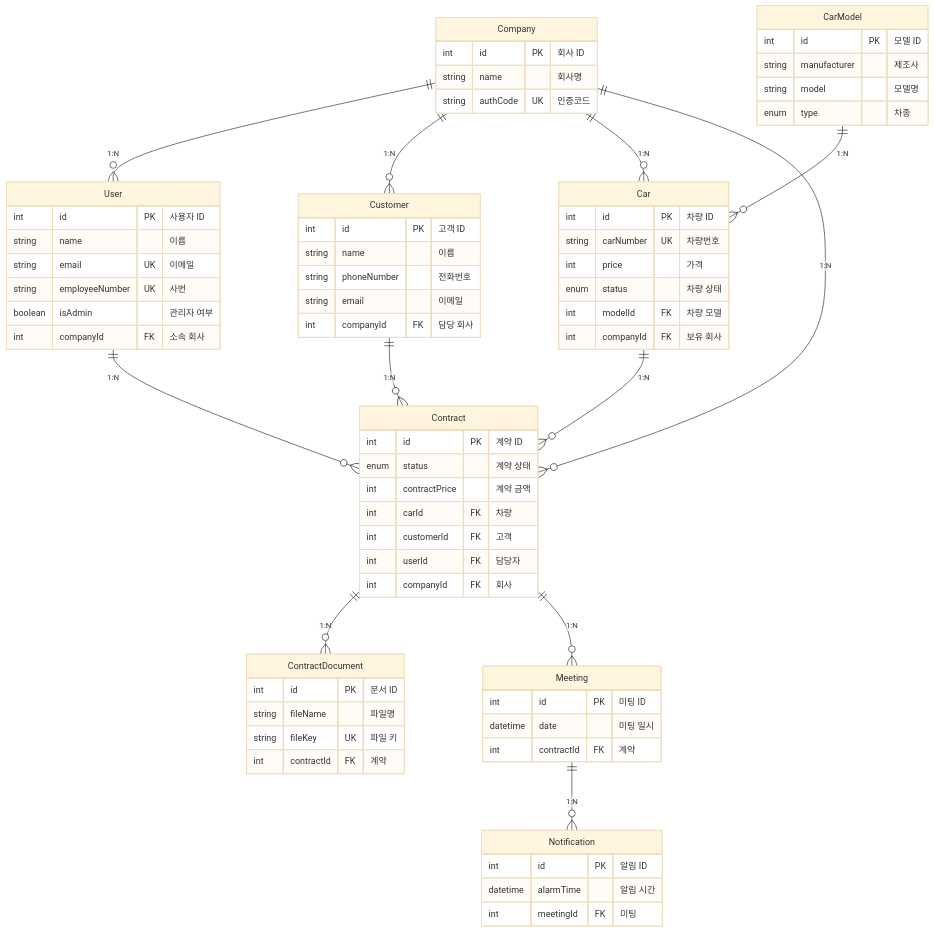
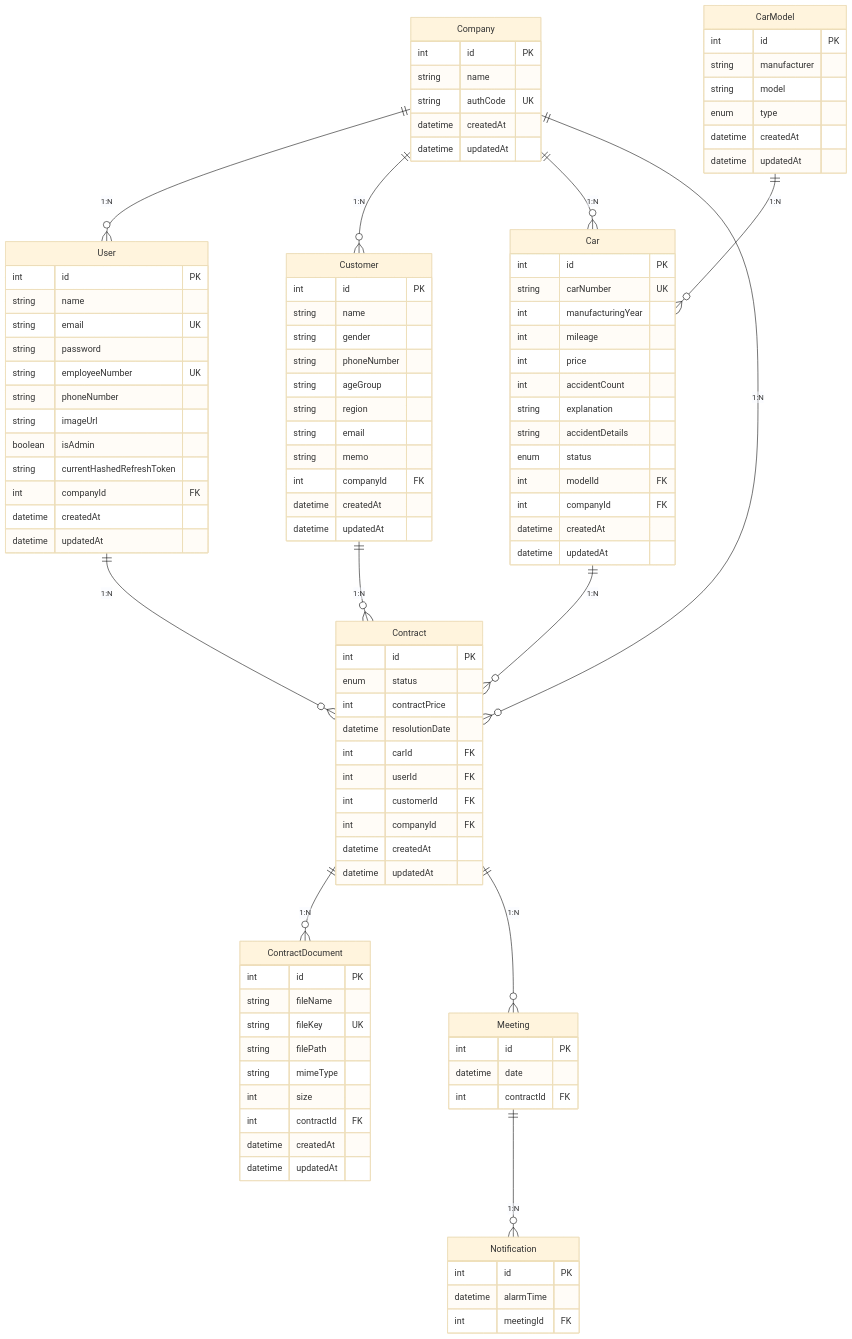
The diagram in README.md (DearCarmate-team1/nb04-DearCarmate-team1), drawn with Mermaid (base theme) before and after one commit.

Commit message:
update: README.md

````diff
--- a/README.md
+++ b/README.md
@@ -224,70 +224,101 @@
     Meeting ||--o{ Notification : "1:N"
 
     Company {
-        int id PK "회사 ID"
-        string name "회사명"
-        string authCode UK "인증코드"
+        int id PK
+        string name
+        string authCode UK
+        datetime createdAt
+        datetime updatedAt
     }
 
     User {
-        int id PK "사용자 ID"
-        string name "이름"
-        string email UK "이메일"
-        string employeeNumber UK "사번"
-        boolean isAdmin "관리자 여부"
-        int companyId FK "소속 회사"
+        int id PK
+        string name
+        string email UK
+        string password
+        string employeeNumber UK
+        string phoneNumber
+        string imageUrl
+        boolean isAdmin
+        string currentHashedRefreshToken
+        int companyId FK
+        datetime createdAt
+        datetime updatedAt
     }
 
     Customer {
-        int id PK "고객 ID"
-        string name "이름"
-        string phoneNumber "전화번호"
-        string email "이메일"
-        int companyId FK "담당 회사"
+        int id PK
+        string name
+        string gender
+        string phoneNumber
+        string ageGroup
+        string region
+        string email
+        string memo
+        int companyId FK
+        datetime createdAt
+        datetime updatedAt
     }
 
     Car {
-        int id PK "차량 ID"
-        string carNumber UK "차량번호"
-        int price "가격"
-        enum status "차량 상태"
-        int modelId FK "차량 모델"
-        int companyId FK "보유 회사"
+        int id PK
+        string carNumber UK
+        int manufacturingYear
+        int mileage
+        int price
+        int accidentCount
+        string explanation
+        string accidentDetails
+        enum status
+        int modelId FK
+        int companyId FK
+        datetime createdAt
+        datetime updatedAt
     }
 
     CarModel {
-        int id PK "모델 ID"
-        string manufacturer "제조사"
-        string model "모델명"
-        enum type "차종"
+        int id PK
+        string manufacturer
+        string model
+        enum type
+        datetime createdAt
+        datetime updatedAt
     }
 
     Contract {
-        int id PK "계약 ID"
-        enum status "계약 상태"
-        int contractPrice "계약 금액"
-        int carId FK "차량"
-        int customerId FK "고객"
-        int userId FK "담당자"
-        int companyId FK "회사"
+        int id PK
+        enum status
+        int contractPrice
+        datetime resolutionDate
+        int carId FK
+        int userId FK
+        int customerId FK
+        int companyId FK
+        datetime createdAt
+        datetime updatedAt
     }
 
     ContractDocument {
-        int id PK "문서 ID"
-        string fileName "파일명"
-        string fileKey UK "파일 키"
-        int contractId FK "계약"
+        int id PK
+        string fileName
+        string fileKey UK
+        string filePath
+        string mimeType
+        int size
+        int contractId FK
+        datetime createdAt
+        datetime updatedAt
     }
 
     Meeting {
-        int id PK "미팅 ID"
-        datetime date "미팅 일시"
-        int contractId FK "계약"
+        int id PK
+        datetime date
+        int contractId FK
     }
 
     Notification {
-        int id PK "알림 ID"
-        datetime alarmTime "알림 시간"
-        int meetingId FK "미팅"
+        int id PK
+        datetime alarmTime
+        int meetingId FK
     }
 ```
````
